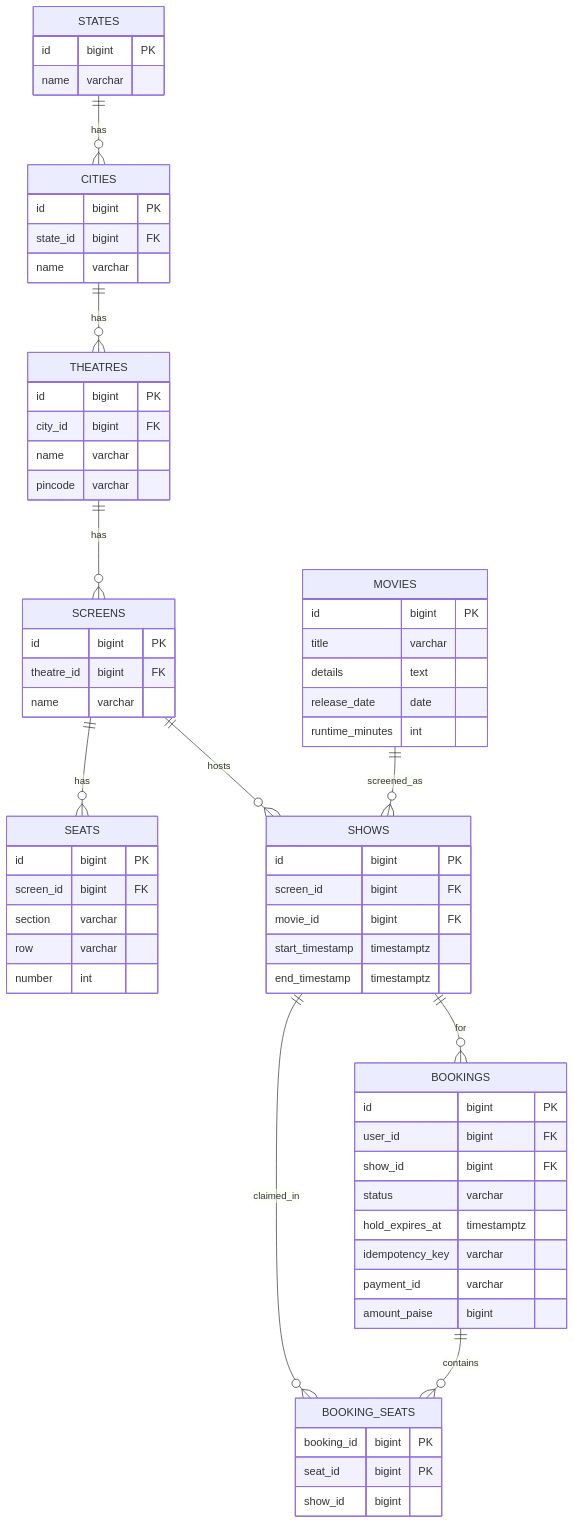
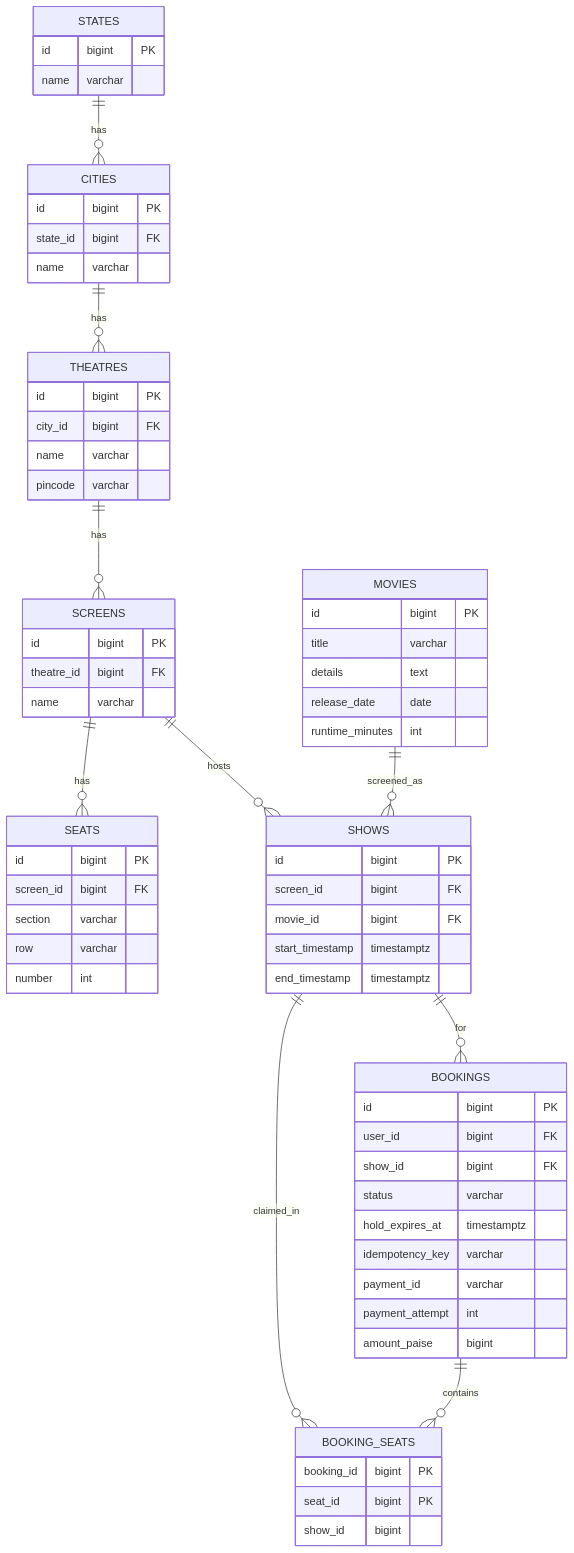
One commit to psquared-dev/java-questions changed the first of 5 diagrams in system-design/new/03. bookMyShow.md. Above: the diagram before and after it, drawn with Mermaid. The commit also changed other lines of this file, not shown here.

````diff
--- a/system-design/new/03. bookMyShow.md
+++ b/system-design/new/03. bookMyShow.md
@@ -92,69 +92,70 @@
 ```mermaid
 erDiagram
     STATES ||--o{ CITIES: has
     CITIES ||--o{ THEATRES: has
     THEATRES ||--o{ SCREENS: has
     SCREENS ||--o{ SEATS: has
     SCREENS ||--o{ SHOWS: hosts
     MOVIES ||--o{ SHOWS: screened_as
     SHOWS ||--o{ BOOKINGS: for
     SHOWS ||--o{ BOOKING_SEATS: claimed_in
     BOOKINGS ||--o{ BOOKING_SEATS: contains
 
     STATES {
         id bigint PK
         name varchar
     }
     CITIES {
         id bigint PK
         state_id bigint FK
         name varchar
     }
     THEATRES {
         id bigint PK
         city_id bigint FK
         name varchar
         pincode varchar
     }
     SCREENS {
         id bigint PK
         theatre_id bigint FK
         name varchar
     }
     SEATS {
         id bigint PK
         screen_id bigint FK
         section varchar
         row varchar
         number int
     }
     MOVIES {
         id bigint PK
         title varchar
         details text
         release_date date
         runtime_minutes int
     }
     SHOWS {
         id bigint PK
         screen_id bigint FK
         movie_id bigint FK
         start_timestamp timestamptz
         end_timestamp timestamptz
     }
     BOOKINGS {
         id bigint PK
         user_id bigint FK
         show_id bigint FK
         status varchar
         hold_expires_at timestamptz
         idempotency_key varchar
         payment_id varchar
+        payment_attempt int
         amount_paise bigint
     }
     BOOKING_SEATS {
         booking_id bigint PK
         seat_id bigint PK
         show_id bigint
     }
 ```
````
